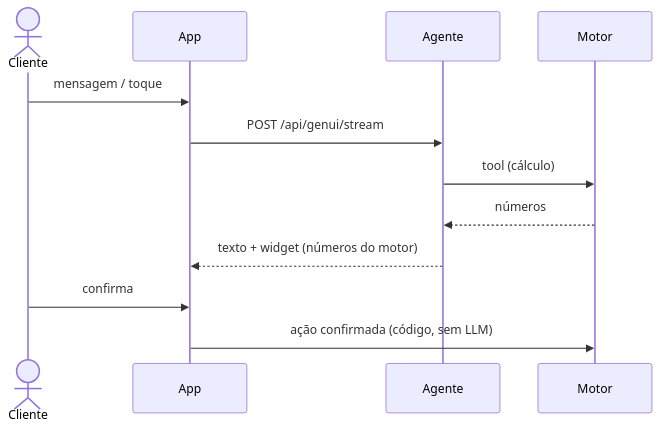
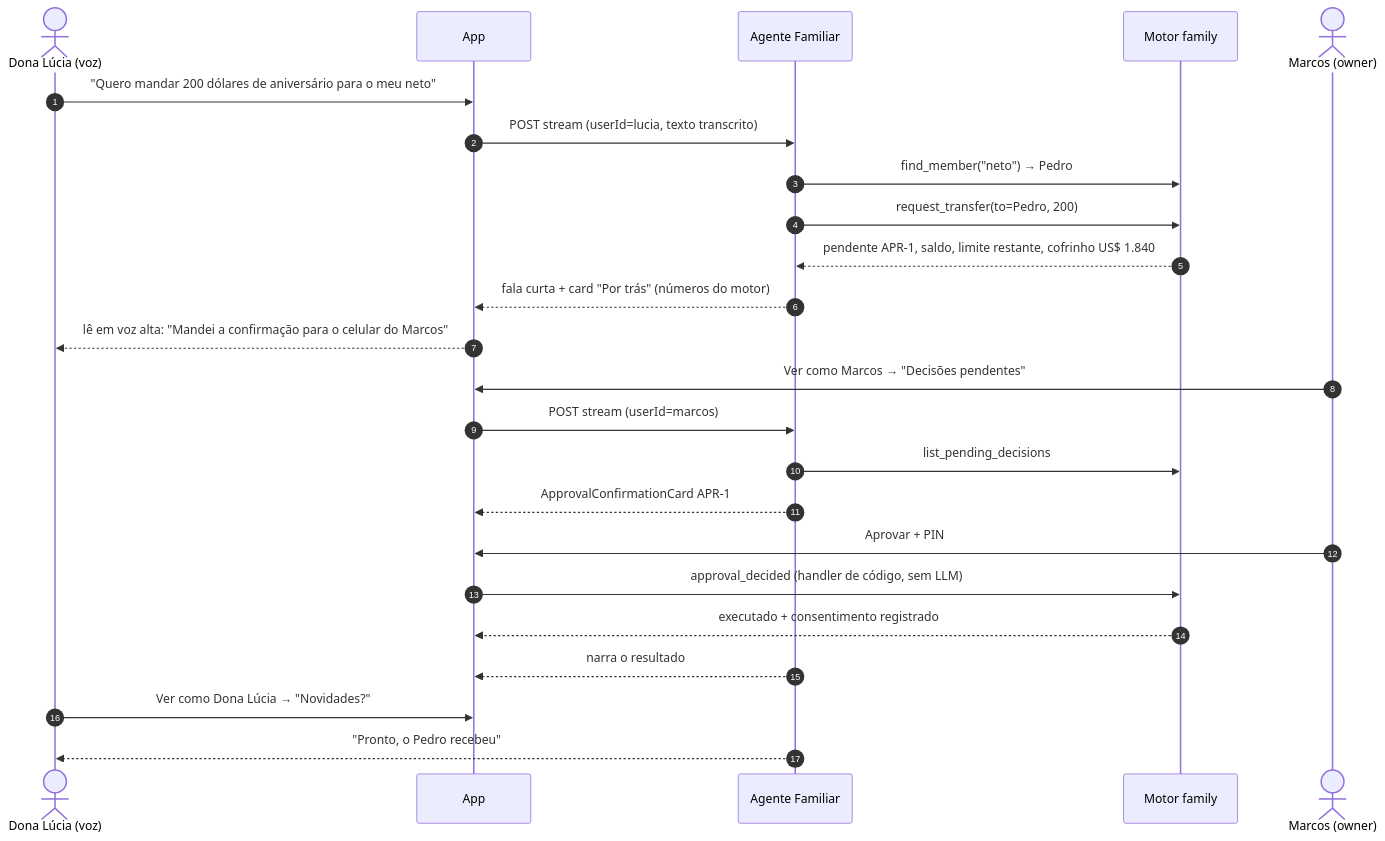
Before and after one commit to derek-alves/hackatom-base-structure: the second of 3 diagrams in docs/hackathon/02-arquitetura.md, drawn with Mermaid. The commit also changed other lines of this file and 12 other files, not shown here.

````diff
--- a/docs/hackathon/02-arquitetura.md
+++ b/docs/hackathon/02-arquitetura.md
@@ -67,14 +93,26 @@
 ```mermaid
 sequenceDiagram
-  actor C as Cliente
+  autonumber
+  actor L as Dona Lúcia (voz)
   participant A as App
-  participant G as Agente
-  participant M as Motor
-  C->>A: mensagem / toque
-  A->>G: POST /api/genui/stream
-  G->>M: tool (cálculo)
-  M-->>G: números
-  G-->>A: texto + widget (números do motor)
-  C->>A: confirma
-  A->>M: ação confirmada (código, sem LLM)
+  participant G as Agente Familiar
+  participant M as Motor family
+  actor O as Marcos (owner)
+  L->>A: "Quero mandar 200 dólares de aniversário para o meu neto"
+  A->>G: POST stream (userId=lucia, texto transcrito)
+  G->>M: find_member("neto") → Pedro
+  G->>M: request_transfer(to=Pedro, 200)
+  M-->>G: pendente APR-1, saldo, limite restante, cofrinho US$ 1.840
+  G-->>A: fala curta + card "Por trás" (números do motor)
+  A-->>L: lê em voz alta: "Mandei a confirmação para o celular do Marcos"
+  O->>A: Ver como Marcos → "Decisões pendentes"
+  A->>G: POST stream (userId=marcos)
+  G->>M: list_pending_decisions
+  G-->>A: ApprovalConfirmationCard APR-1
+  O->>A: Aprovar + PIN
+  A->>M: approval_decided (handler de código, sem LLM)
+  M-->>A: executado + consentimento registrado
+  G-->>A: narra o resultado
+  L->>A: Ver como Dona Lúcia → "Novidades?"
+  G-->>L: "Pronto, o Pedro recebeu"
 ```
````
